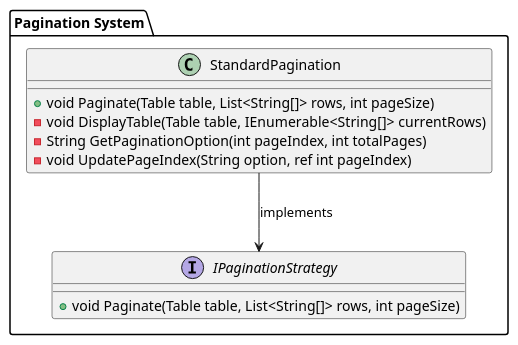
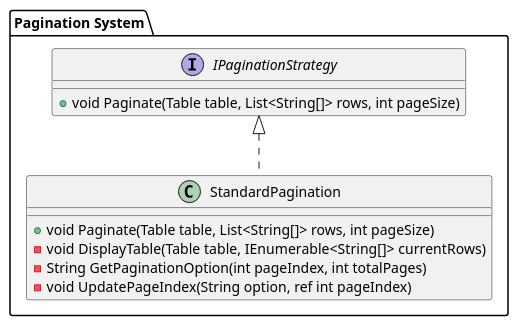
Before and after one commit to programacion-6/Opcion1LosCules: the diagram in src/UML/Pagination.puml, drawn with PlantUML.

Commit message:
chore: update dependency in concrete pagination class in UML

```diff
--- a/src/UML/Pagination.puml
+++ b/src/UML/Pagination.puml
@@ -1,17 +1,15 @@
 @startuml Pagination System
 package "Pagination System" {
     interface IPaginationStrategy {
         +void Paginate(Table table, List<String[]> rows, int pageSize)
     }
 
-    class StandardPagination {
+    class StandardPagination implements IPaginationStrategy {
         +void Paginate(Table table, List<String[]> rows, int pageSize)
         -void DisplayTable(Table table, IEnumerable<String[]> currentRows)
         -String GetPaginationOption(int pageIndex, int totalPages)
         -void UpdatePageIndex(String option, ref int pageIndex)
     }
-
-    StandardPagination --> IPaginationStrategy : implements
 }
 
 @enduml
```
